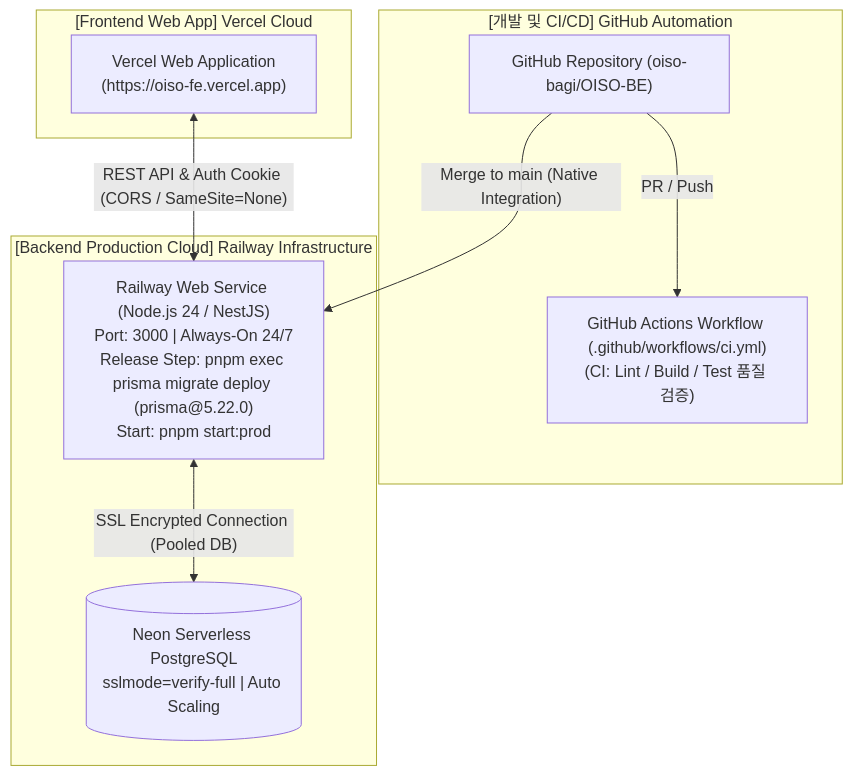
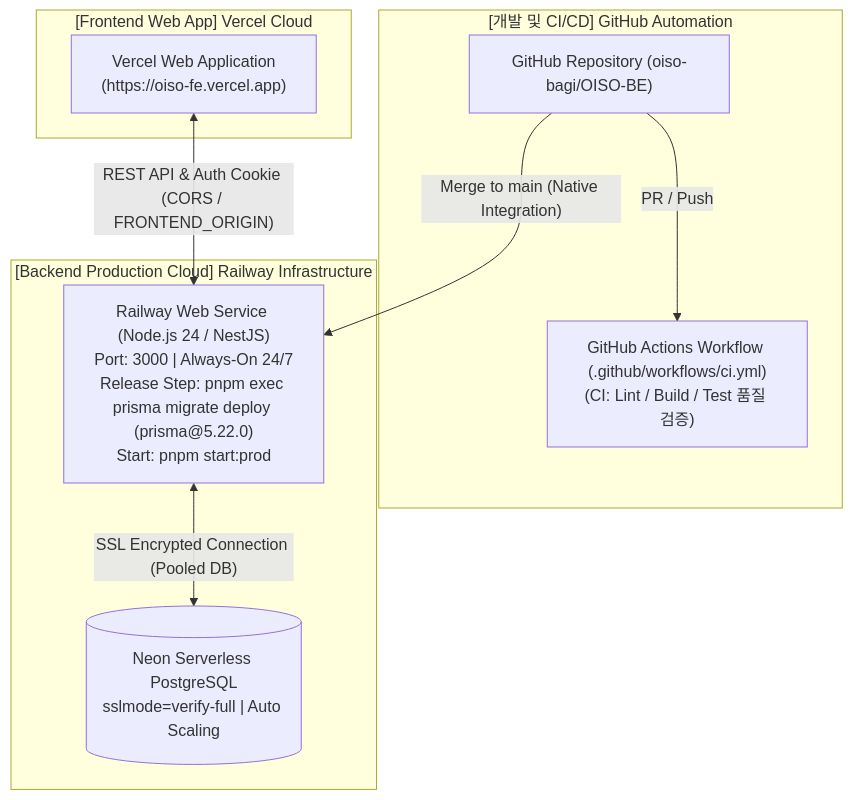
One commit to oiso-bagi/OISO-BE changed the diagram in docs/infrastructure-architecture.md. Above: the diagram before and after it, drawn with Mermaid. The commit also changed other lines of this file and 6 other files, not shown here.

````diff
--- a/docs/infrastructure-architecture.md
+++ b/docs/infrastructure-architecture.md
@@ -12,21 +12,21 @@
 ```mermaid
 flowchart TD
     subgraph Frontend["[Frontend Web App] Vercel Cloud"]
         VercelApp["Vercel Web Application<br/>(https://oiso-fe.vercel.app)"]
     end
 
     subgraph Developer["[개발 및 CI/CD] GitHub Automation"]
         GitRepo["GitHub Repository (oiso-bagi/OISO-BE)"]
         Actions["GitHub Actions Workflow (.github/workflows/ci.yml)<br/>(CI: Lint / Build / Test 품질 검증)"]
     end
 
     subgraph Production["[Backend Production Cloud] Railway Infrastructure"]
         RailwayServer["Railway Web Service (Node.js 24 / NestJS)<br/>Port: 3000 | Always-On 24/7<br/>Release Step: pnpm exec prisma migrate deploy (prisma@5.22.0)<br/>Start: pnpm start:prod"]
         NeonDB[("Neon Serverless PostgreSQL<br/>sslmode=verify-full | Auto Scaling")]
     end
 
-    VercelApp <-->|"REST API & Auth Cookie (CORS / SameSite=None)"| RailwayServer
+    VercelApp <-->|"REST API & Auth Cookie (CORS / FRONTEND_ORIGIN)"| RailwayServer
     GitRepo -->|"PR / Push"| Actions
     GitRepo -->|"Merge to main (Native Integration)"| RailwayServer
     RailwayServer <-->|"SSL Encrypted Connection (Pooled DB)"| NeonDB
 ```
````
